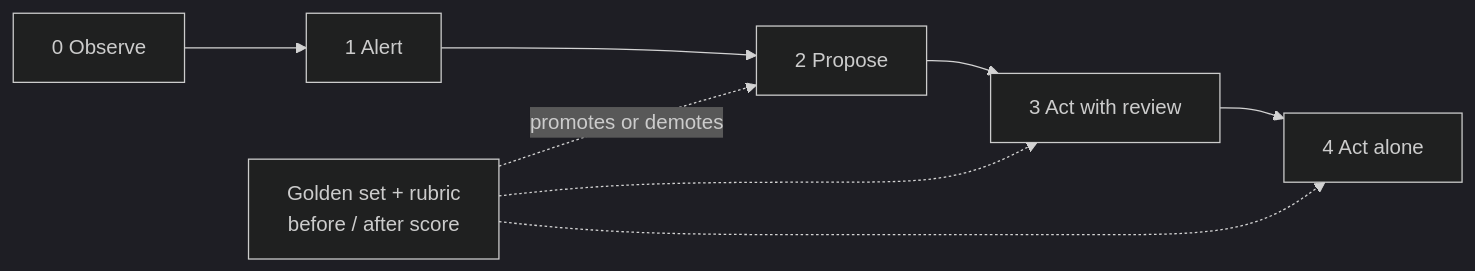
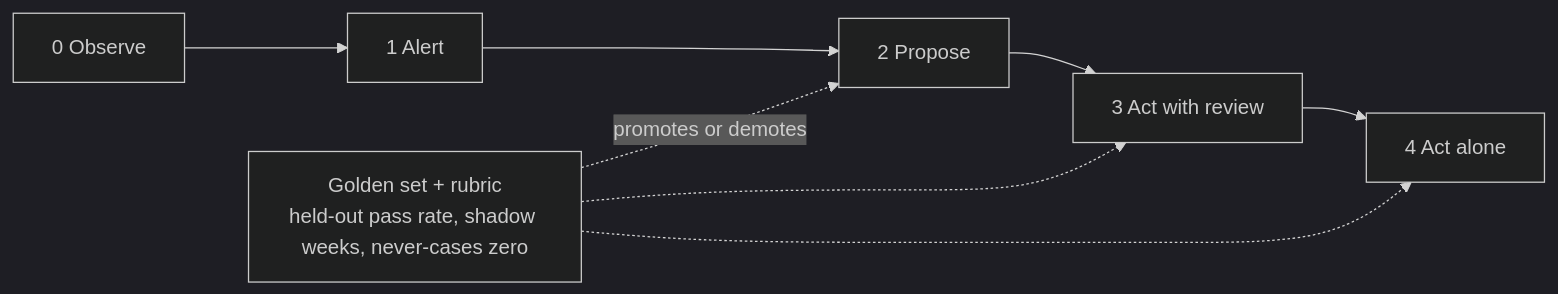
Before and after one commit to Benyoumen/Benyoumen: the second of 2 diagrams in README.md, drawn with Mermaid (dark theme). The commit also changed other lines of this file and 4 other files, not shown here.

First line of the commit message:
Profile: project cards, live links, workflow and autonomy diagrams

````diff
--- a/README.md
+++ b/README.md
@@ -31,7 +49,7 @@
 ```mermaid
 flowchart LR
     T0["0 Observe"] --> T1["1 Alert"] --> T2["2 Propose"] --> T3["3 Act with review"] --> T4["4 Act alone"]
-    G["Golden set + rubric<br/>before / after score"] -. "promotes or demotes" .-> T2
+    G["Golden set + rubric<br/>held-out pass rate, shadow weeks, never-cases zero"] -. "promotes or demotes" .-> T2
     G -.-> T3
     G -.-> T4
 ```
````
